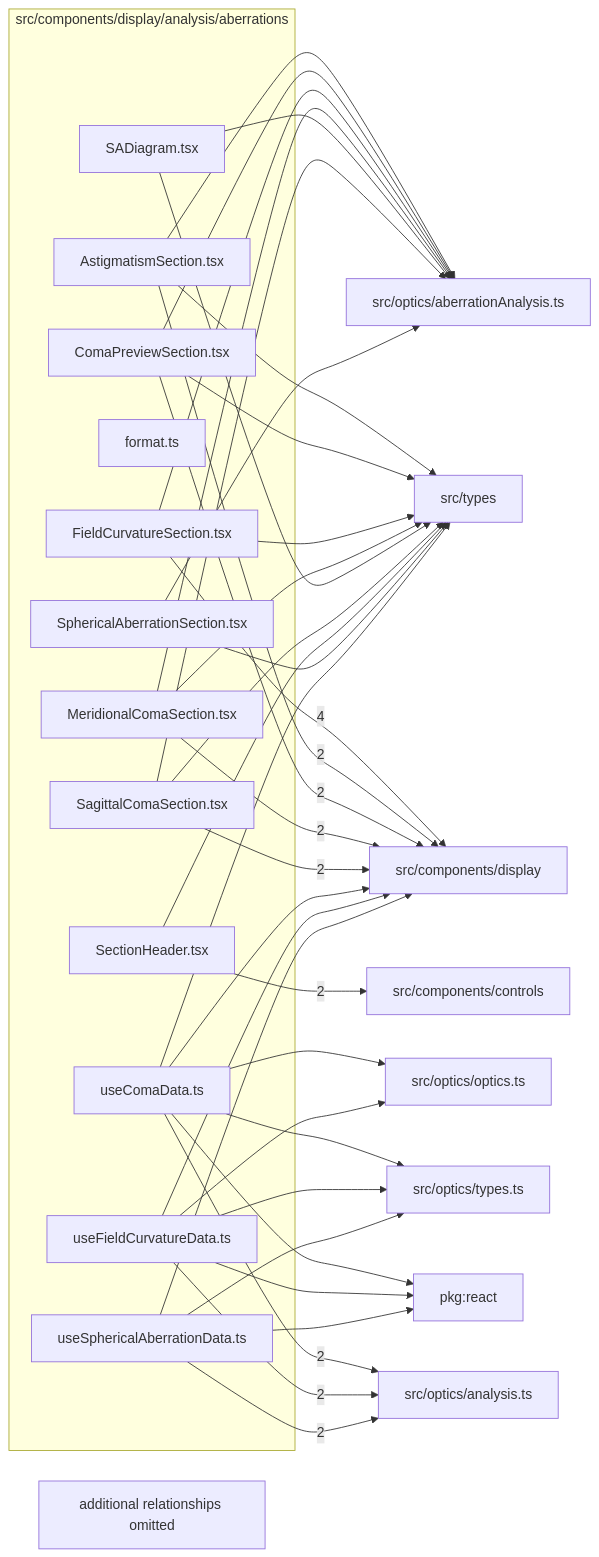
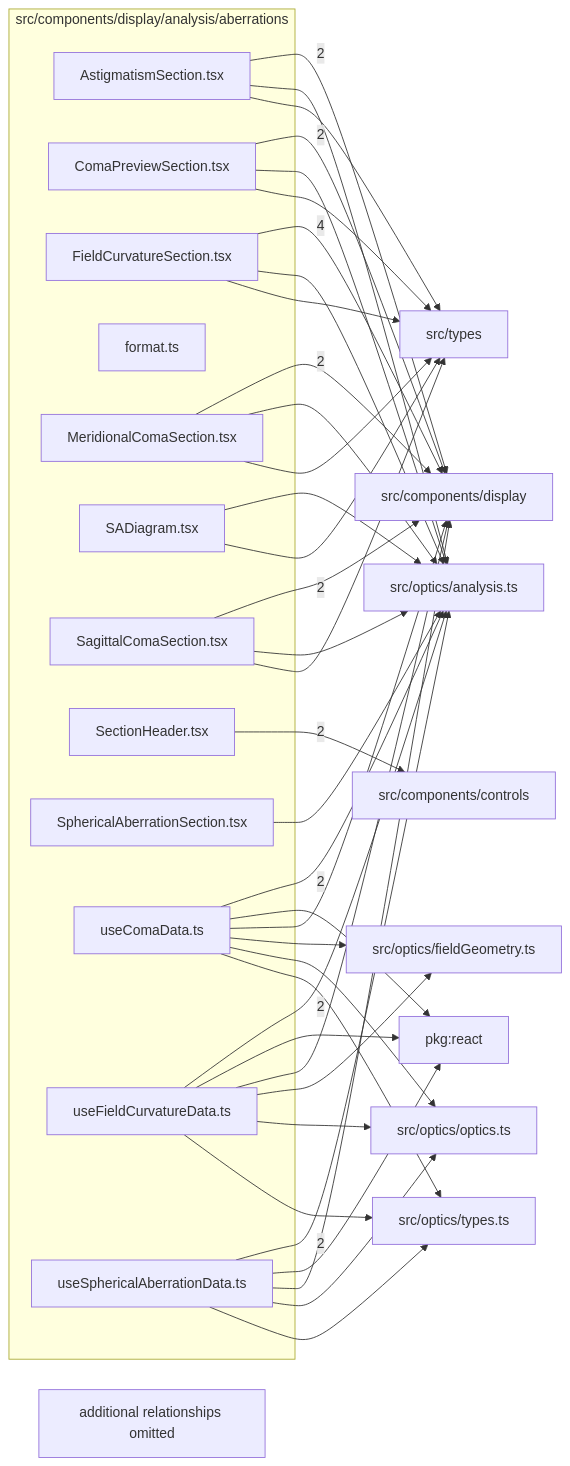
One commit to ronbuening/LensVisualizer changed the diagram in src/components/display/analysis/aberrations/readme.md. Above: the diagram before and after it, drawn with Mermaid. The commit also changed other lines of this file and 439 other files, not shown here.

````diff
--- a/src/components/display/analysis/aberrations/readme.md
+++ b/src/components/display/analysis/aberrations/readme.md
@@ -9,62 +9,62 @@
 ```mermaid
 flowchart LR
   subgraph n_src_components_display_analysis_aberrations["src/components/display/analysis/aberrations"]
     n_src_components_display_analysis_aberrations_src_components_display_analysis_aberrations_AstigmatismSection_tsx["AstigmatismSection.tsx"]
     n_src_components_display_analysis_aberrations_src_components_display_analysis_aberrations_ComaPreviewSection_tsx["ComaPreviewSection.tsx"]
     n_src_components_display_analysis_aberrations_src_components_display_analysis_aberrations_FieldCurvatureSection_tsx["FieldCurvatureSection.tsx"]
     n_src_components_display_analysis_aberrations_src_components_display_analysis_aberrations_format_ts["format.ts"]
     n_src_components_display_analysis_aberrations_src_components_display_analysis_aberrations_MeridionalComaSection_tsx["MeridionalComaSection.tsx"]
     n_src_components_display_analysis_aberrations_src_components_display_analysis_aberrations_SADiagram_tsx["SADiagram.tsx"]
     n_src_components_display_analysis_aberrations_src_components_display_analysis_aberrations_SagittalComaSection_tsx["SagittalComaSection.tsx"]
     n_src_components_display_analysis_aberrations_src_components_display_analysis_aberrations_SectionHeader_tsx["SectionHeader.tsx"]
     n_src_components_display_analysis_aberrations_src_components_display_analysis_aberrations_SphericalAberrationSection_tsx["SphericalAberrationSection.tsx"]
     n_src_components_display_analysis_aberrations_src_components_display_analysis_aberrations_useComaData_ts["useComaData.ts"]
     n_src_components_display_analysis_aberrations_src_components_display_analysis_aberrations_useFieldCurvatureData_ts["useFieldCurvatureData.ts"]
     n_src_components_display_analysis_aberrations_src_components_display_analysis_aberrations_useSphericalAberrationData_ts["useSphericalAberrationData.ts"]
   end
   n_external_src_components_display["src/components/display"]
   n_external_src_components_controls["src/components/controls"]
   n_external_src_optics_analysis_ts["src/optics/analysis.ts"]
   n_external_pkg_react["pkg:react"]
-  n_external_src_optics_aberrationAnalysis_ts["src/optics/aberrationAnalysis.ts"]
+  n_external_src_optics_fieldGeometry_ts["src/optics/fieldGeometry.ts"]
   n_external_src_optics_optics_ts["src/optics/optics.ts"]
   n_external_src_optics_types_ts["src/optics/types.ts"]
   n_external_src_types["src/types"]
   n_src_components_display_analysis_aberrations_src_components_display_analysis_aberrations_FieldCurvatureSection_tsx --> |4| n_external_src_components_display
   n_src_components_display_analysis_aberrations_src_components_display_analysis_aberrations_SectionHeader_tsx --> |2| n_external_src_components_controls
   n_src_components_display_analysis_aberrations_src_components_display_analysis_aberrations_AstigmatismSection_tsx --> |2| n_external_src_components_display
   n_src_components_display_analysis_aberrations_src_components_display_analysis_aberrations_ComaPreviewSection_tsx --> |2| n_external_src_components_display
   n_src_components_display_analysis_aberrations_src_components_display_analysis_aberrations_MeridionalComaSection_tsx --> |2| n_external_src_components_display
   n_src_components_display_analysis_aberrations_src_components_display_analysis_aberrations_SagittalComaSection_tsx --> |2| n_external_src_components_display
   n_src_components_display_analysis_aberrations_src_components_display_analysis_aberrations_useComaData_ts --> |2| n_external_src_optics_analysis_ts
   n_src_components_display_analysis_aberrations_src_components_display_analysis_aberrations_useFieldCurvatureData_ts --> |2| n_external_src_optics_analysis_ts
   n_src_components_display_analysis_aberrations_src_components_display_analysis_aberrations_useSphericalAberrationData_ts --> |2| n_external_src_optics_analysis_ts
   n_src_components_display_analysis_aberrations_src_components_display_analysis_aberrations_useComaData_ts --> n_external_pkg_react
   n_src_components_display_analysis_aberrations_src_components_display_analysis_aberrations_useFieldCurvatureData_ts --> n_external_pkg_react
   n_src_components_display_analysis_aberrations_src_components_display_analysis_aberrations_useSphericalAberrationData_ts --> n_external_pkg_react
   n_src_components_display_analysis_aberrations_src_components_display_analysis_aberrations_useComaData_ts --> n_external_src_components_display
   n_src_components_display_analysis_aberrations_src_components_display_analysis_aberrations_useFieldCurvatureData_ts --> n_external_src_components_display
   n_src_components_display_analysis_aberrations_src_components_display_analysis_aberrations_useSphericalAberrationData_ts --> n_external_src_components_display
-  n_src_components_display_analysis_aberrations_src_components_display_analysis_aberrations_AstigmatismSection_tsx --> n_external_src_optics_aberrationAnalysis_ts
-  n_src_components_display_analysis_aberrations_src_components_display_analysis_aberrations_ComaPreviewSection_tsx --> n_external_src_optics_aberrationAnalysis_ts
-  n_src_components_display_analysis_aberrations_src_components_display_analysis_aberrations_FieldCurvatureSection_tsx --> n_external_src_optics_aberrationAnalysis_ts
-  n_src_components_display_analysis_aberrations_src_components_display_analysis_aberrations_MeridionalComaSection_tsx --> n_external_src_optics_aberrationAnalysis_ts
-  n_src_components_display_analysis_aberrations_src_components_display_analysis_aberrations_SADiagram_tsx --> n_external_src_optics_aberrationAnalysis_ts
-  n_src_components_display_analysis_aberrations_src_components_display_analysis_aberrations_SagittalComaSection_tsx --> n_external_src_optics_aberrationAnalysis_ts
-  n_src_components_display_analysis_aberrations_src_components_display_analysis_aberrations_SphericalAberrationSection_tsx --> n_external_src_optics_aberrationAnalysis_ts
+  n_src_components_display_analysis_aberrations_src_components_display_analysis_aberrations_AstigmatismSection_tsx --> n_external_src_optics_analysis_ts
+  n_src_components_display_analysis_aberrations_src_components_display_analysis_aberrations_ComaPreviewSection_tsx --> n_external_src_optics_analysis_ts
+  n_src_components_display_analysis_aberrations_src_components_display_analysis_aberrations_FieldCurvatureSection_tsx --> n_external_src_optics_analysis_ts
+  n_src_components_display_analysis_aberrations_src_components_display_analysis_aberrations_MeridionalComaSection_tsx --> n_external_src_optics_analysis_ts
+  n_src_components_display_analysis_aberrations_src_components_display_analysis_aberrations_SADiagram_tsx --> n_external_src_optics_analysis_ts
+  n_src_components_display_analysis_aberrations_src_components_display_analysis_aberrations_SagittalComaSection_tsx --> n_external_src_optics_analysis_ts
+  n_src_components_display_analysis_aberrations_src_components_display_analysis_aberrations_SphericalAberrationSection_tsx --> n_external_src_optics_analysis_ts
+  n_src_components_display_analysis_aberrations_src_components_display_analysis_aberrations_useComaData_ts --> n_external_src_optics_fieldGeometry_ts
+  n_src_components_display_analysis_aberrations_src_components_display_analysis_aberrations_useFieldCurvatureData_ts --> n_external_src_optics_fieldGeometry_ts
   n_src_components_display_analysis_aberrations_src_components_display_analysis_aberrations_useComaData_ts --> n_external_src_optics_optics_ts
   n_src_components_display_analysis_aberrations_src_components_display_analysis_aberrations_useFieldCurvatureData_ts --> n_external_src_optics_optics_ts
+  n_src_components_display_analysis_aberrations_src_components_display_analysis_aberrations_useSphericalAberrationData_ts --> n_external_src_optics_optics_ts
   n_src_components_display_analysis_aberrations_src_components_display_analysis_aberrations_useComaData_ts --> n_external_src_optics_types_ts
   n_src_components_display_analysis_aberrations_src_components_display_analysis_aberrations_useFieldCurvatureData_ts --> n_external_src_optics_types_ts
   n_src_components_display_analysis_aberrations_src_components_display_analysis_aberrations_useSphericalAberrationData_ts --> n_external_src_optics_types_ts
   n_src_components_display_analysis_aberrations_src_components_display_analysis_aberrations_AstigmatismSection_tsx --> n_external_src_types
   n_src_components_display_analysis_aberrations_src_components_display_analysis_aberrations_ComaPreviewSection_tsx --> n_external_src_types
   n_src_components_display_analysis_aberrations_src_components_display_analysis_aberrations_FieldCurvatureSection_tsx --> n_external_src_types
   n_src_components_display_analysis_aberrations_src_components_display_analysis_aberrations_MeridionalComaSection_tsx --> n_external_src_types
   n_src_components_display_analysis_aberrations_src_components_display_analysis_aberrations_SADiagram_tsx --> n_external_src_types
   n_src_components_display_analysis_aberrations_src_components_display_analysis_aberrations_SagittalComaSection_tsx --> n_external_src_types
-  n_src_components_display_analysis_aberrations_src_components_display_analysis_aberrations_SectionHeader_tsx --> n_external_src_types
-  n_src_components_display_analysis_aberrations_src_components_display_analysis_aberrations_SphericalAberrationSection_tsx --> n_external_src_types
-  n_src_components_display_analysis_aberrations_src_components_display_analysis_aberrations_useComaData_ts --> n_external_src_types
   n_src_components_display_analysis_aberrations_truncated["additional relationships omitted"]
 ```
````
